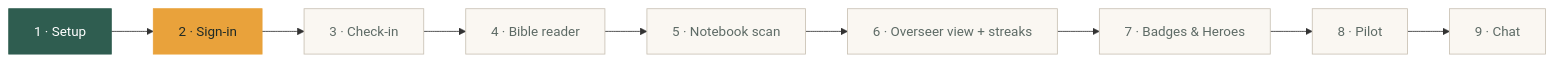
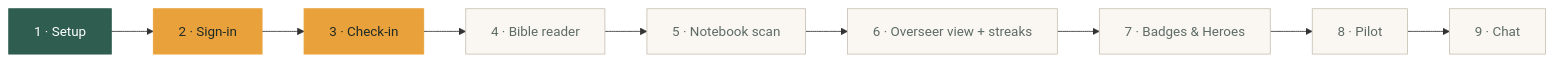
Before and after one commit to mannigoy/Abide: the diagram in README.md, drawn with Mermaid. The commit also changed other lines of this file and 10 other files, not shown here.

````diff
--- a/README.md
+++ b/README.md
@@ -22,9 +22,9 @@
 ```mermaid
 flowchart LR
-  P1["1 · Setup"]:::done --> P2["2 · Sign-in"]:::wip --> P3["3 · Check-in"]:::todo --> P4["4 · Bible reader"]:::todo --> P5["5 · Notebook scan"]:::todo
+  P1["1 · Setup"]:::done --> P2["2 · Sign-in"]:::wip --> P3["3 · Check-in"]:::wip --> P4["4 · Bible reader"]:::todo --> P5["5 · Notebook scan"]:::todo
   P5 --> P6["6 · Overseer view + streaks"]:::todo --> P7["7 · Badges & Heroes"]:::todo --> P8["8 · Pilot"]:::todo --> P9["9 · Chat"]:::todo
 
   classDef done fill:#2F5D50,stroke:#2F5D50,color:#FFFFFF
   classDef wip fill:#E9A23B,stroke:#E9A23B,color:#1F2A26
   classDef todo fill:#FAF7F2,stroke:#C9C1B4,color:#5E6B66
 ```
````
